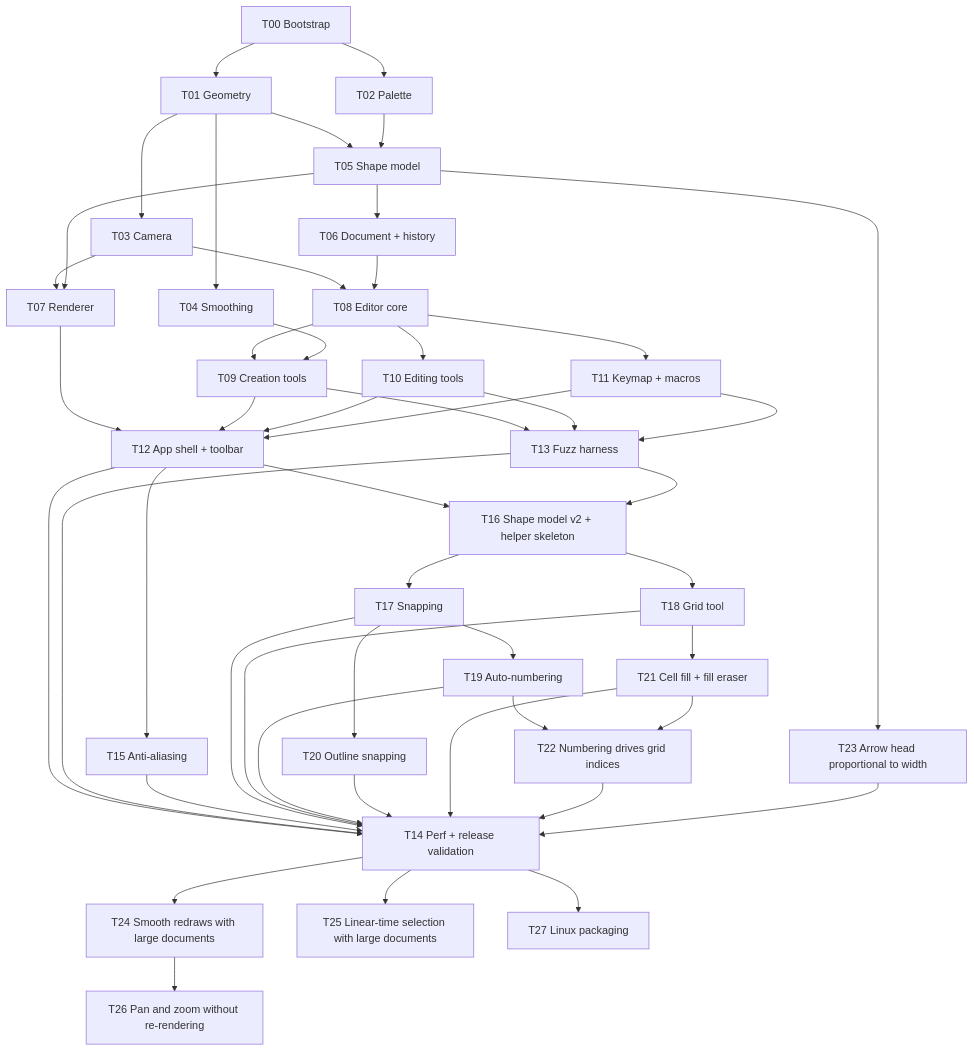
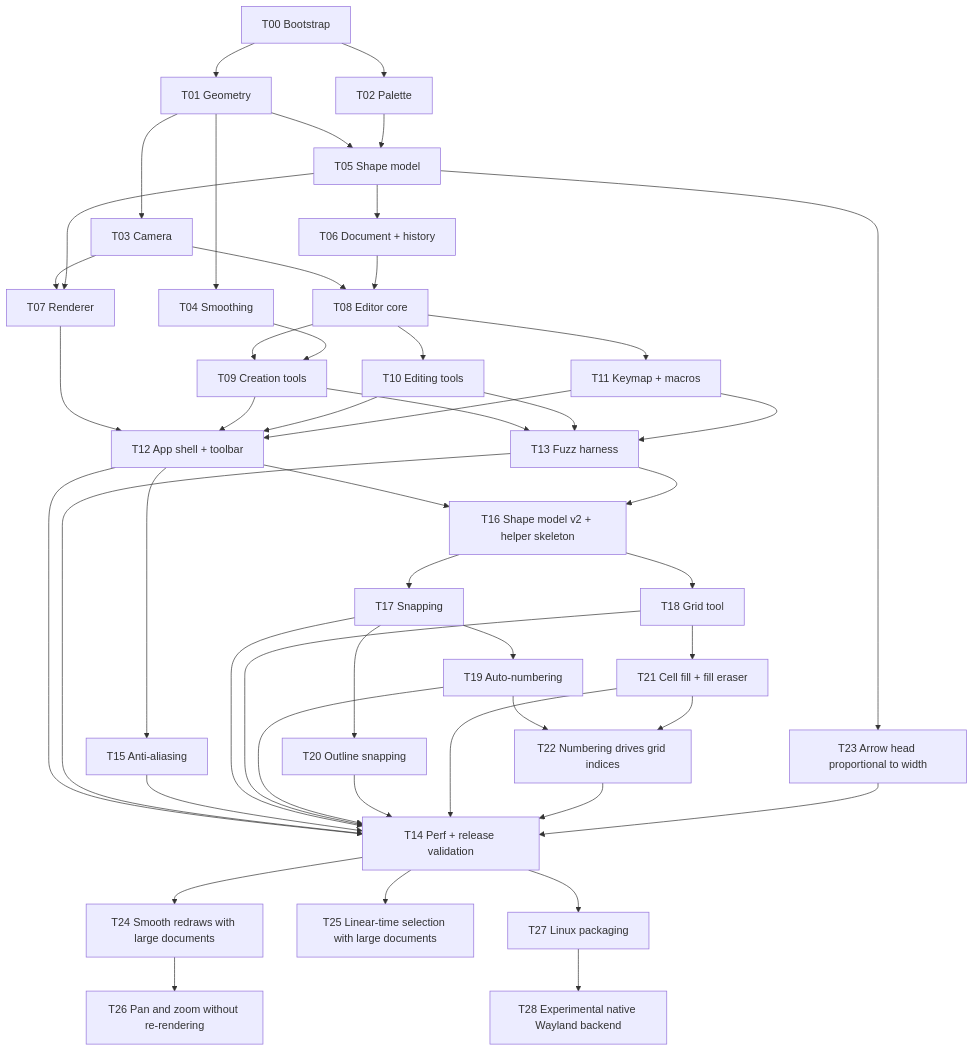
One commit to UmBender/draw changed the diagram in docs/tasks/Task Board.md. Above: the diagram before and after it, drawn with Mermaid. The commit also changed other lines of this file and 7 other files, not shown here.

First line of the commit message:
docs: add T28 experimental Wayland task and CHANGELOG

````diff
--- a/docs/tasks/Task Board.md
+++ b/docs/tasks/Task Board.md
@@ -12,50 +12,51 @@
 ```mermaid
 flowchart TD
   T00[T00 Bootstrap] --> T01[T01 Geometry]
   T00 --> T02[T02 Palette]
   T01 --> T03[T03 Camera]
   T01 --> T04[T04 Smoothing]
   T01 --> T05[T05 Shape model]
   T02 --> T05
   T05 --> T06[T06 Document + history]
   T03 --> T07[T07 Renderer]
   T05 --> T07
   T03 --> T08[T08 Editor core]
   T06 --> T08
   T08 --> T09[T09 Creation tools]
   T04 --> T09
   T08 --> T10[T10 Editing tools]
   T08 --> T11[T11 Keymap + macros]
   T07 --> T12[T12 App shell + toolbar]
   T09 --> T12
   T10 --> T12
   T11 --> T12
   T09 --> T13[T13 Fuzz harness]
   T10 --> T13
   T11 --> T13
   T12 --> T14[T14 Perf + release validation]
   T13 --> T14
   T12 --> T15[T15 Anti-aliasing]
   T12 --> T16[T16 Shape model v2 + helper skeleton]
   T13 --> T16
   T16 --> T17[T17 Snapping]
   T16 --> T18[T18 Grid tool]
   T17 --> T19[T19 Auto-numbering]
   T17 --> T20[T20 Outline snapping]
   T15 --> T14
   T17 --> T14
   T18 --> T14
   T19 --> T14
   T20 --> T14
   T18 --> T21[T21 Cell fill + fill eraser]
   T21 --> T14
   T19 --> T22[T22 Numbering drives grid indices]
   T21 --> T22
   T22 --> T14
   T05 --> T23[T23 Arrow head proportional to width]
   T23 --> T14
   T14 --> T24[T24 Smooth redraws with large documents]
   T14 --> T25[T25 Linear-time selection with large documents]
   T24 --> T26[T26 Pan and zoom without re-rendering]
   T14 --> T27[T27 Linux packaging]
+  T27 --> T28[T28 Experimental native Wayland backend]
 ```
````
